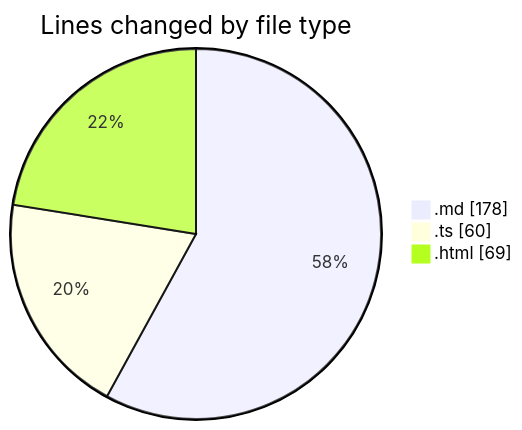
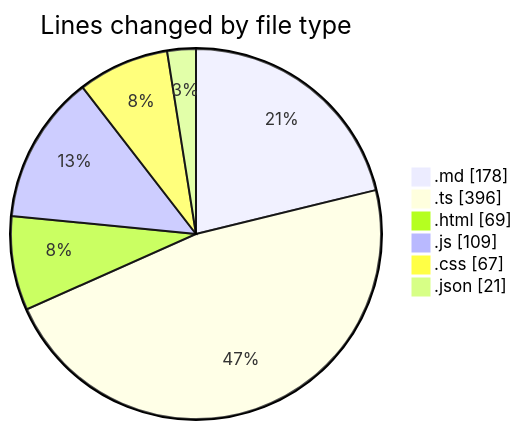
One commit to ernivani/code-tracking changed the first of 2 diagrams in 2025-01-04/my-code-activity-ext/README.md. Above: the diagram before and after it, drawn with Mermaid. The commit also changed other lines of this file and 1 other file, not shown here.

````diff
--- a/2025-01-04/my-code-activity-ext/README.md
+++ b/2025-01-04/my-code-activity-ext/README.md
@@ -24,7 +30,10 @@
 ```mermaid
 pie showData
 title Lines changed by file type
 ".md" : 178
-".ts" : 60
+".ts" : 396
 ".html" : 69
+".js" : 109
+".css" : 67
+".json" : 21
 ```
````
